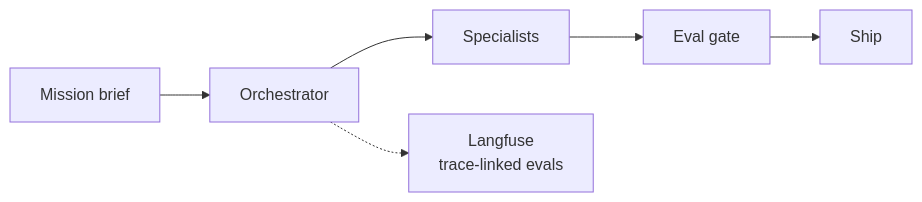
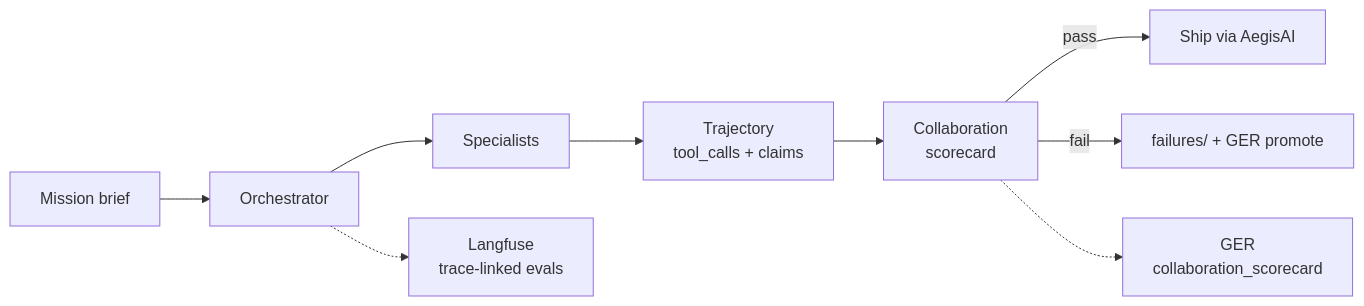
Before and after one commit to vpeetla-ai/ai-architecture-portfolio: the diagram in case-studies/aegisloop-agentops.md, drawn with Mermaid. The commit also changed other lines of this file and 5 other files, not shown here.

First line of the commit message:
Document multi-agent collaboration scorecard as ADR-031. (#40)

````diff
--- a/case-studies/aegisloop-agentops.md
+++ b/case-studies/aegisloop-agentops.md
@@ -23,5 +26,10 @@
 ```mermaid
 flowchart LR
-    MB[Mission brief] --> OR[Orchestrator] --> SP[Specialists] --> EV[Eval gate] --> SH[Ship]
+    MB[Mission brief] --> OR[Orchestrator] --> SP[Specialists]
+    SP --> TR[Trajectory<br/>tool_calls + claims]
+    TR --> SC[Collaboration<br/>scorecard]
+    SC -->|pass| SH[Ship via AegisAI]
+    SC -->|fail| FL[failures/ + GER promote]
     OR -.-> LF[Langfuse<br/>trace-linked evals]
+    SC -.-> GER[GER<br/>collaboration_scorecard]
 ```
````
